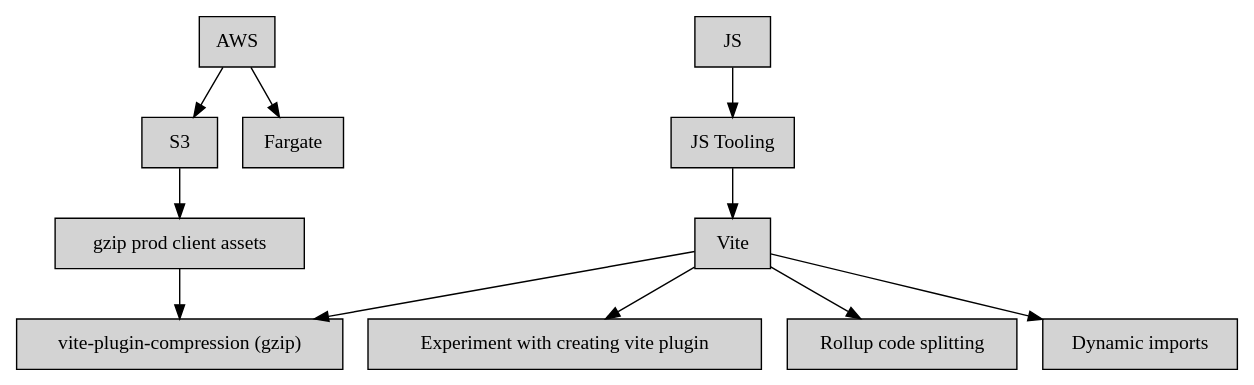
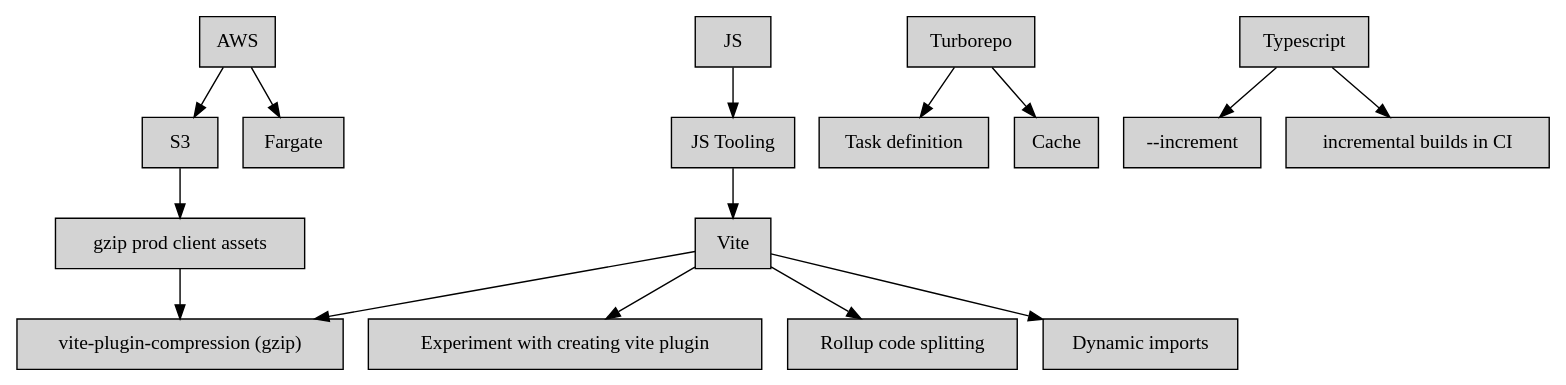
One commit to KonstantinSimeonov/roadmap changed the diagram in roadmap.dot. Above: the diagram before and after it, drawn with Graphviz. The commit also changed 1 other file, not shown here.

Commit message:
add more stuff to roadmap

```diff
--- a/roadmap.dot
+++ b/roadmap.dot
@@ -1,12 +1,14 @@
 digraph {
     node [shape=box style=filled]
     "AWS" -> "S3"
     "S3" -> "gzip prod client assets"
     "AWS" -> "Fargate"
     "JS" -> "JS Tooling"
     "JS Tooling" -> "Vite"
     "Vite" -> "vite-plugin-compression (gzip)"
     "vite-plugin-compression (gzip)" [href="http://github.com/vbenjs/vite-plugin-compression"]
     "gzip prod client assets" -> "vite-plugin-compression (gzip)"
     "Vite" -> "Experiment with creating vite plugin", "Rollup code splitting", "Dynamic imports"
+    "Turborepo" -> "Task definition", "Cache"
+    "Typescript" -> "--increment", "incremental builds in CI"
 }
```
